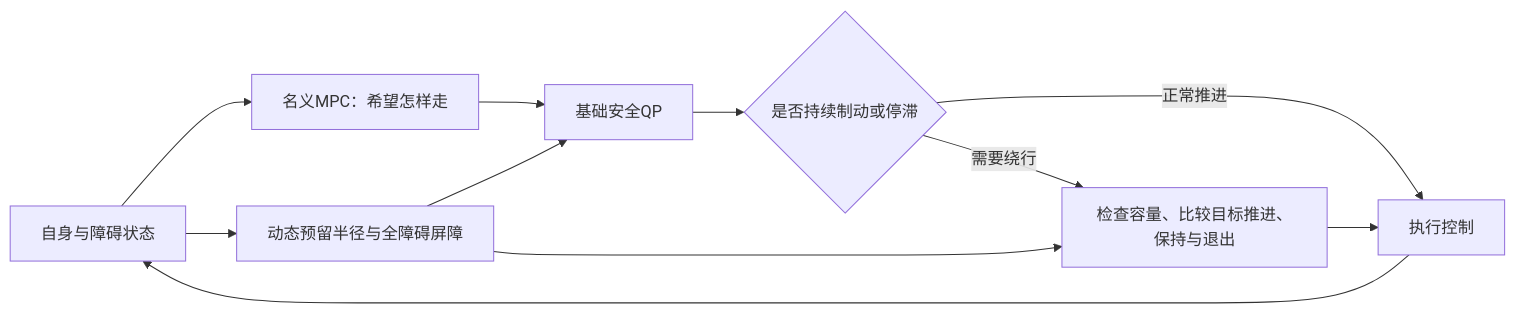
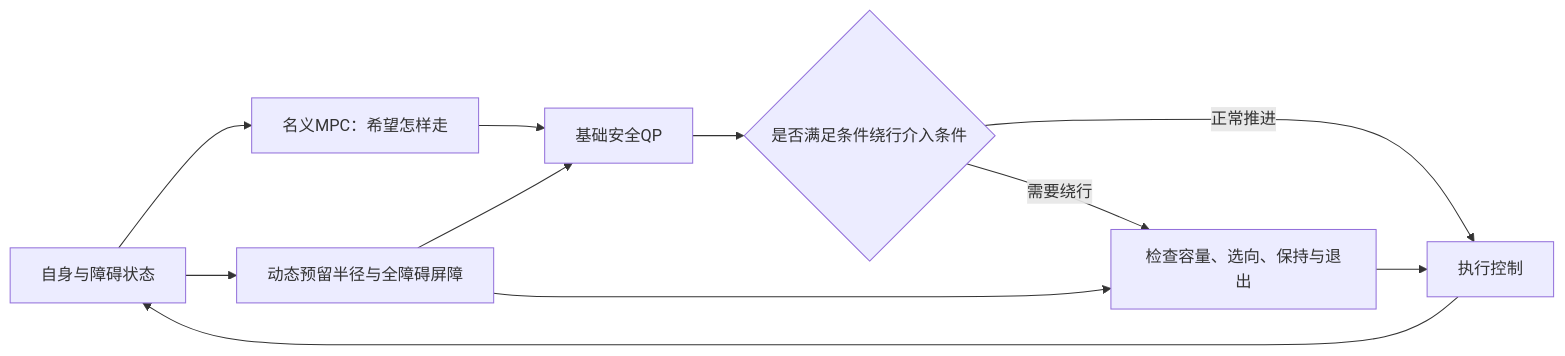
Before and after one commit to lx204914-ops/xr_teleoperate_SHU: the diagram in 3d-ra-dpcbf/README.md, drawn with Mermaid. The commit also changed other lines of this file and 1 other file, not shown here.

Commit message:
放大C03原图并补全条件绕行流程说明

````diff
--- a/3d-ra-dpcbf/README.md
+++ b/3d-ra-dpcbf/README.md
@@ -57,13 +57,13 @@
 ```mermaid
 flowchart LR
  A[自身与障碍状态] --> B[名义MPC：希望怎样走]
  A --> C[动态预留半径与全障碍屏障]
  B --> D[基础安全QP]
  C --> D
- D --> E{是否持续制动或停滞}
+ D --> E{是否满足条件绕行介入条件}
  E -- 正常推进 --> G[执行控制]
- E -- 需要绕行 --> F[检查容量、比较目标推进、保持与退出]
+ E -- 需要绕行 --> F[检查容量、选向、保持与退出]
  C --> F
  F --> G
  G --> A
 ```
````
